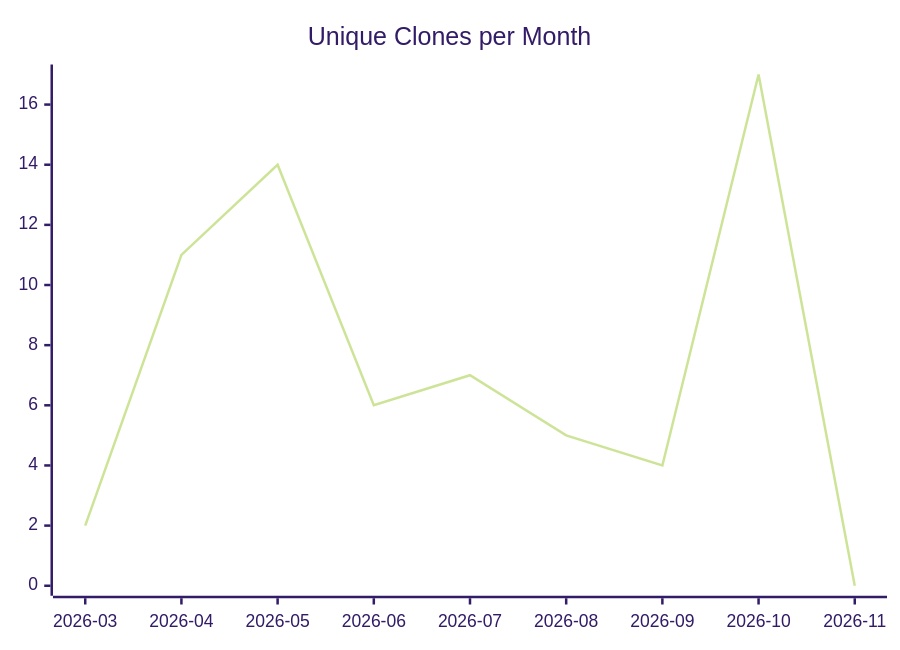
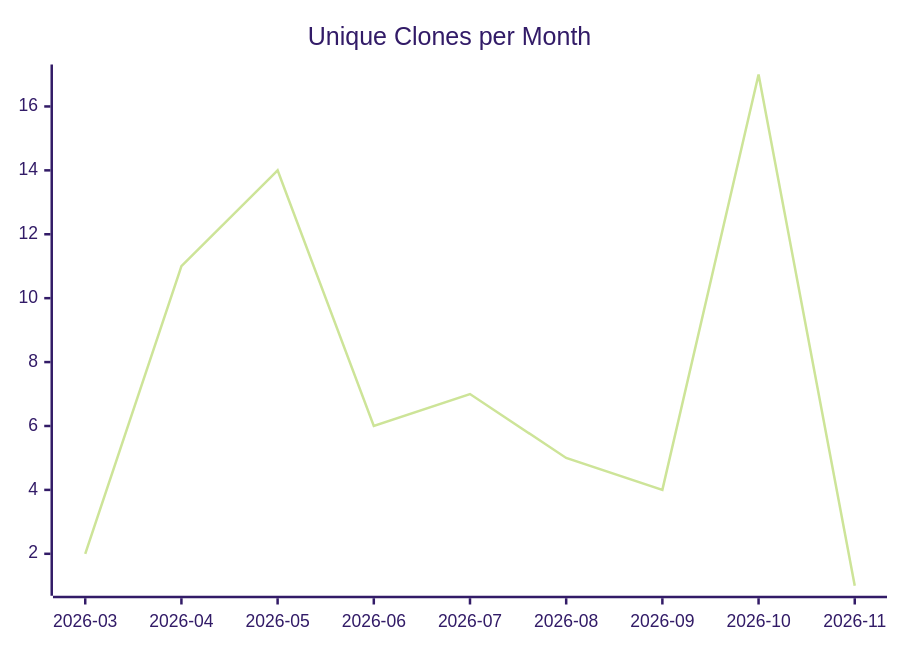
Before and after one commit to justdavis-family/github-analytics-data: the third of 3 diagrams in karlmdavis/m2e-core/README.md, drawn with Mermaid (forest theme). The commit also changed other lines of this file and 188 other files, not shown here.

````diff
--- a/karlmdavis/m2e-core/README.md
+++ b/karlmdavis/m2e-core/README.md
@@ -19,6 +19,6 @@
 ```mermaid
 xychart-beta
   title "Unique Clones per Month"
   x-axis ["2026-03", "2026-04", "2026-05", "2026-06", "2026-07", "2026-08", "2026-09", "2026-10", "2026-11"]
-  line [2, 11, 14, 6, 7, 5, 4, 17, 0]
+  line [2, 11, 14, 6, 7, 5, 4, 17, 1]
 ```
````
